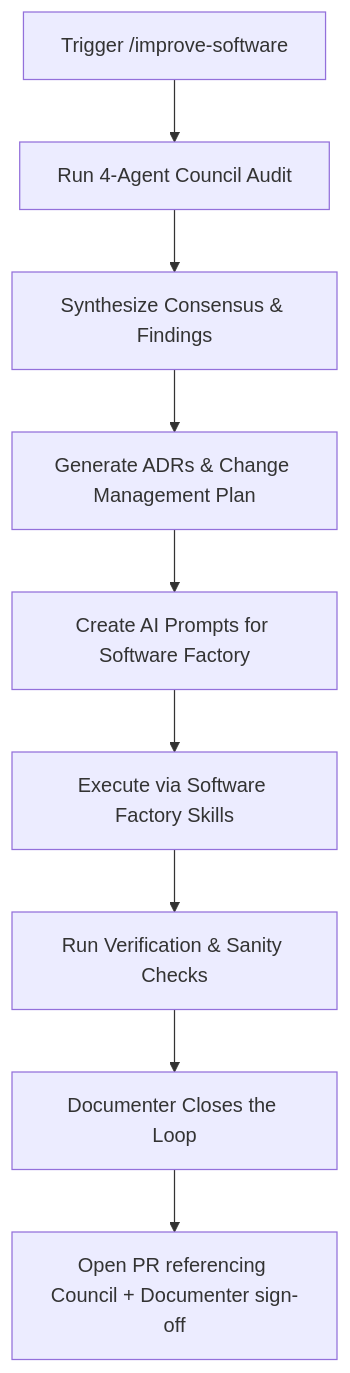
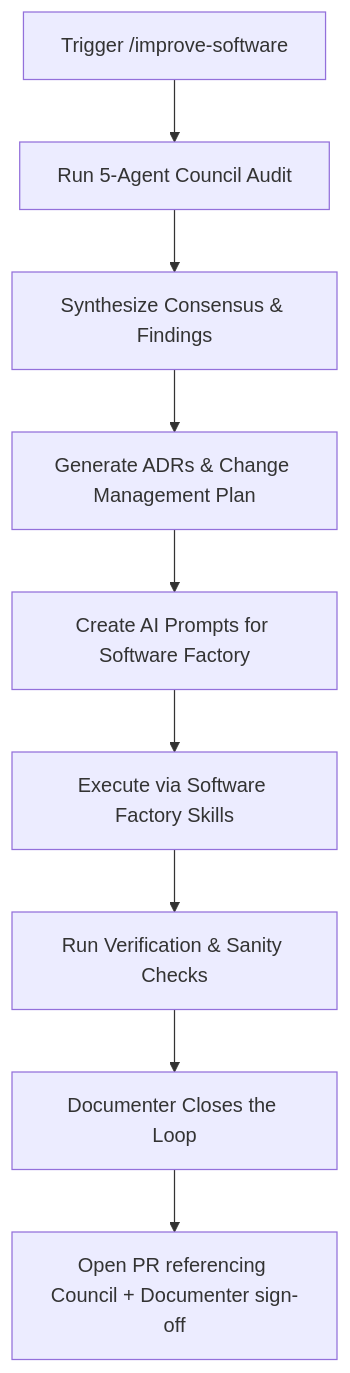
The diagram in improve-software.md (ricardojjulia/ChurchCore), drawn with Mermaid before and after one commit. The commit also changed other lines of this file and 21 other files, not shown here.

````diff
--- a/improve-software.md
+++ b/improve-software.md
@@ -22,11 +22,11 @@
 ```mermaid
 graph TD
-    A[Trigger /improve-software] --> B[Run 4-Agent Council Audit]
+    A[Trigger /improve-software] --> B[Run 5-Agent Council Audit]
     B --> C[Synthesize Consensus & Findings]
     C --> D[Generate ADRs & Change Management Plan]
     D --> E[Create AI Prompts for Software Factory]
     E --> F[Execute via Software Factory Skills]
     F --> G[Run Verification & Sanity Checks]
     G --> H[Documenter Closes the Loop]
     H --> I[Open PR referencing Council + Documenter sign-off]
 ```
````
